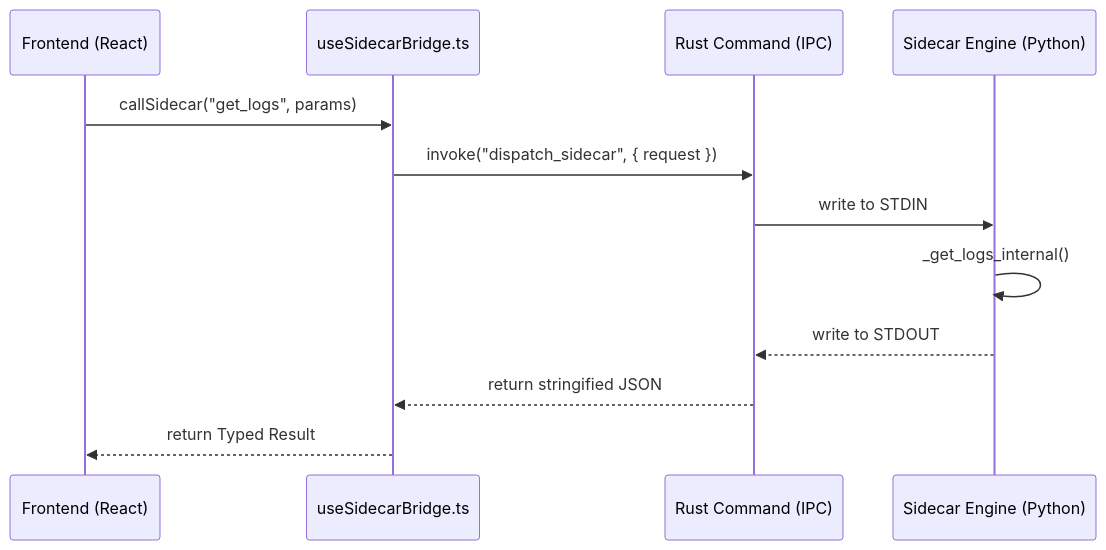
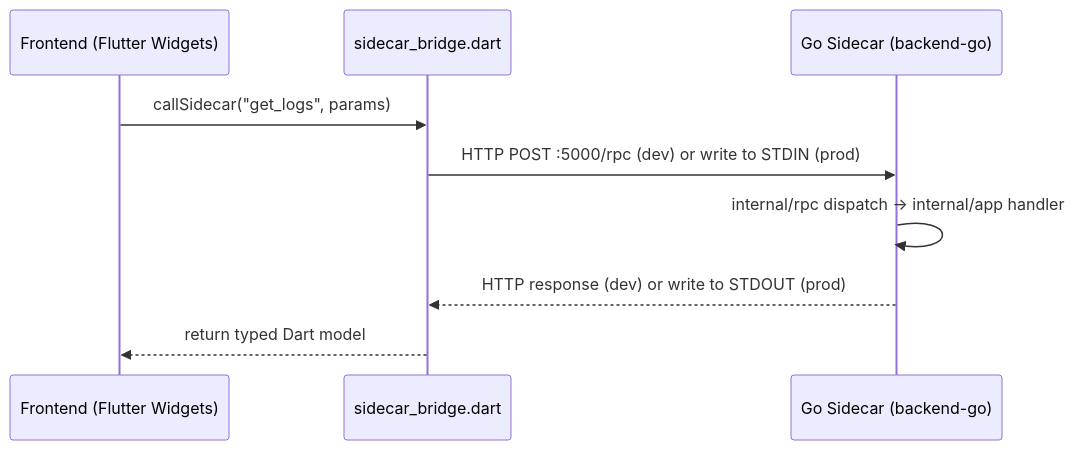
The diagram in docs/architecture/communication.md (serguei9090/LogLensAi), drawn with Mermaid before and after one commit. The commit also changed other lines of this file and 23 other files, not shown here.

First line of the commit message:
docs: update AGENTS.md, README.md, and architecture docs for Go+Flutter

````diff
--- a/docs/architecture/communication.md
+++ b/docs/architecture/communication.md
@@ -69,15 +71,12 @@
 ```mermaid
 sequenceDiagram
-  participant UI as Frontend (React)
-  participant Bridge as useSidecarBridge.ts
-  participant Rust as Rust Command (IPC)
-  participant Python as Sidecar Engine (Python)
-  
+  participant UI as Frontend (Flutter Widgets)
+  participant Bridge as sidecar_bridge.dart
+  participant Sidecar as Go Sidecar (backend-go)
+
   UI->>Bridge: callSidecar("get_logs", params)
-  Bridge->>Rust: invoke("dispatch_sidecar", { request })
-  Rust->>Python: write to STDIN
-  Python->>Python: _get_logs_internal()
-  Python-->>Rust: write to STDOUT
-  Rust-->>Bridge: return stringified JSON
-  Bridge-->>UI: return Typed Result
+  Bridge->>Sidecar: HTTP POST :5000/rpc  (dev)  or  write to STDIN  (prod)
+  Sidecar->>Sidecar: internal/rpc dispatch -> internal/app handler
+  Sidecar-->>Bridge: HTTP response  (dev)  or  write to STDOUT  (prod)
+  Bridge-->>UI: return typed Dart model
 ```
````
